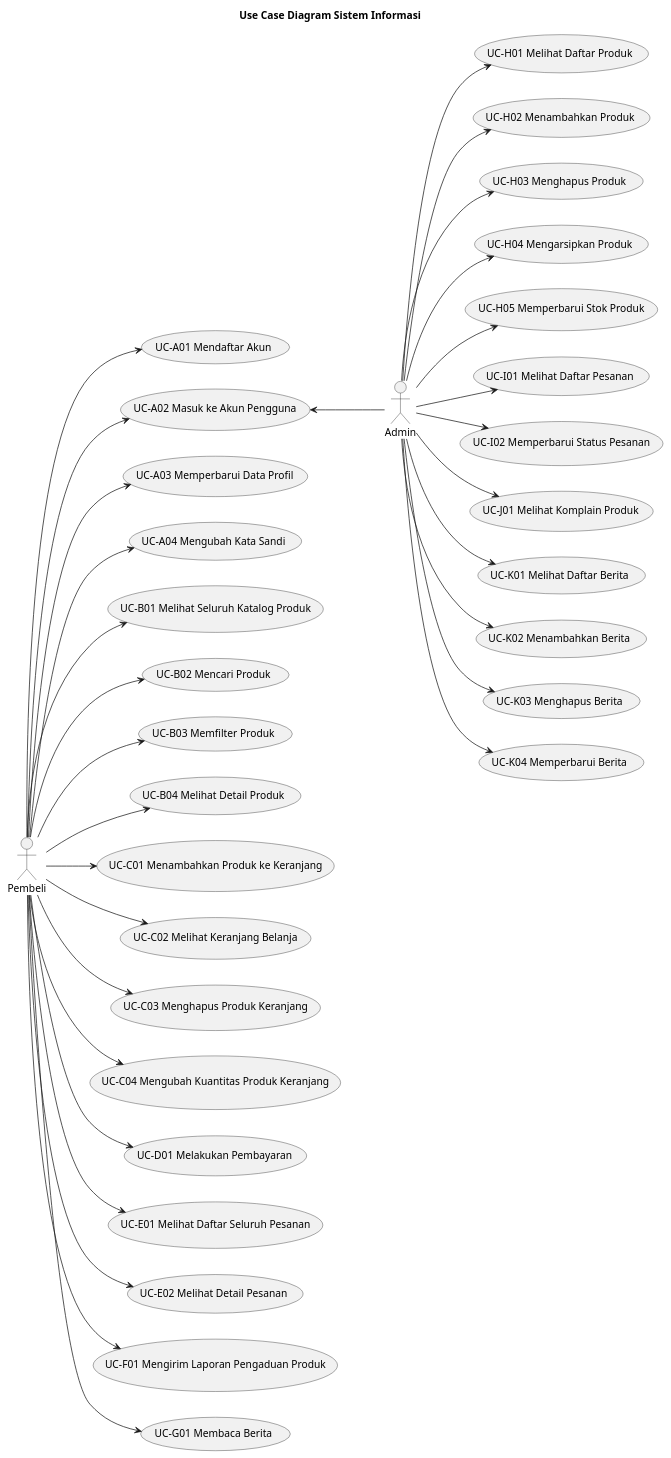
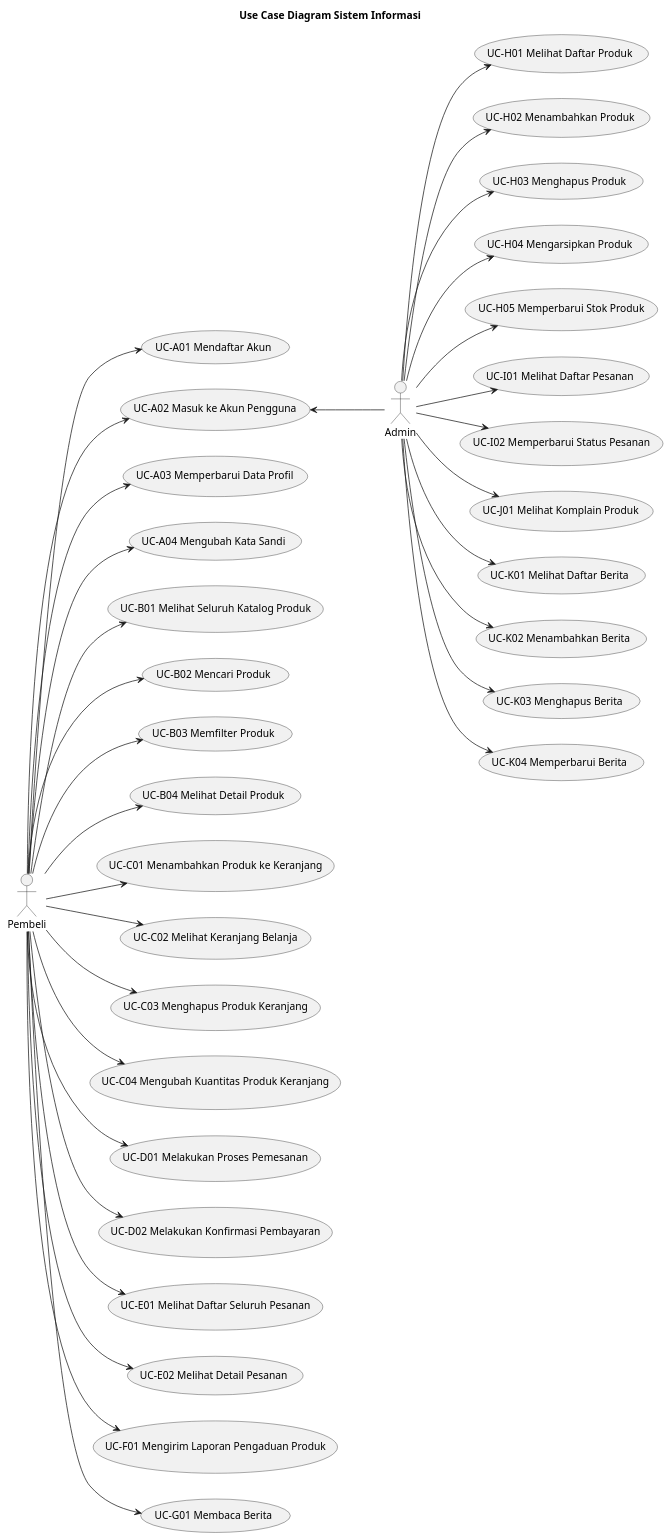
Before and after one commit to alfiahnurfa/RSI-PROYEK-AKHIR-SEQUENCE: the diagram in UCD.PUML, drawn with PlantUML. The commit also changed 1 other file, not shown here.

```diff
--- a/UCD.PUML
+++ b/UCD.PUML
@@ -1,59 +1,60 @@
 @startuml UseCaseDiagram_RekayasaSistem
 
 title Use Case Diagram Sistem Informasi
 
 left to right direction
 
 '------------------------------------------------------------------
 ' AKTOR
 '------------------------------------------------------------------
 actor Pembeli
 actor Admin
 
 '------------------------------------------------------------------
 ' RELASI PEMBELI
 '------------------------------------------------------------------
 Pembeli --> (UC-A01 Mendaftar Akun)
 Pembeli --> (UC-A02 Masuk ke Akun Pengguna)
 Pembeli --> (UC-A03 Memperbarui Data Profil)
 Pembeli --> (UC-A04 Mengubah Kata Sandi)
 
 Pembeli --> (UC-B01 Melihat Seluruh Katalog Produk)
 Pembeli --> (UC-B02 Mencari Produk)
 Pembeli --> (UC-B03 Memfilter Produk)
 Pembeli --> (UC-B04 Melihat Detail Produk)
 
 Pembeli --> (UC-C01 Menambahkan Produk ke Keranjang)
 Pembeli --> (UC-C02 Melihat Keranjang Belanja)
 Pembeli --> (UC-C03 Menghapus Produk Keranjang)
 Pembeli --> (UC-C04 Mengubah Kuantitas Produk Keranjang)
 
-Pembeli --> (UC-D01 Melakukan Pembayaran)
+Pembeli --> (UC-D01 Melakukan Proses Pemesanan)
+Pembeli --> (UC-D02 Melakukan Konfirmasi Pembayaran)
 Pembeli --> (UC-E01 Melihat Daftar Seluruh Pesanan)
 Pembeli --> (UC-E02 Melihat Detail Pesanan)
 Pembeli --> (UC-F01 Mengirim Laporan Pengaduan Produk)
 
 Pembeli --> (UC-G01 Membaca Berita)
 
 '------------------------------------------------------------------
 ' RELASI ADMIN
 '------------------------------------------------------------------
 (UC-A02 Masuk ke Akun Pengguna) <-- Admin
 ' Admin --> (UC-A02 Masuk ke Akun Pengguna as admin)
 Admin --> (UC-H01 Melihat Daftar Produk)
 Admin --> (UC-H02 Menambahkan Produk)
 Admin --> (UC-H03 Menghapus Produk)
 Admin --> (UC-H04 Mengarsipkan Produk)
 Admin --> (UC-H05 Memperbarui Stok Produk)
 
 Admin --> (UC-I01 Melihat Daftar Pesanan)
 Admin --> (UC-I02 Memperbarui Status Pesanan)
 
 Admin --> (UC-J01 Melihat Komplain Produk)
 
 Admin --> (UC-K01 Melihat Daftar Berita)
 Admin --> (UC-K02 Menambahkan Berita)
 Admin --> (UC-K03 Menghapus Berita)
 Admin --> (UC-K04 Memperbarui Berita)
 
 @enduml
```
